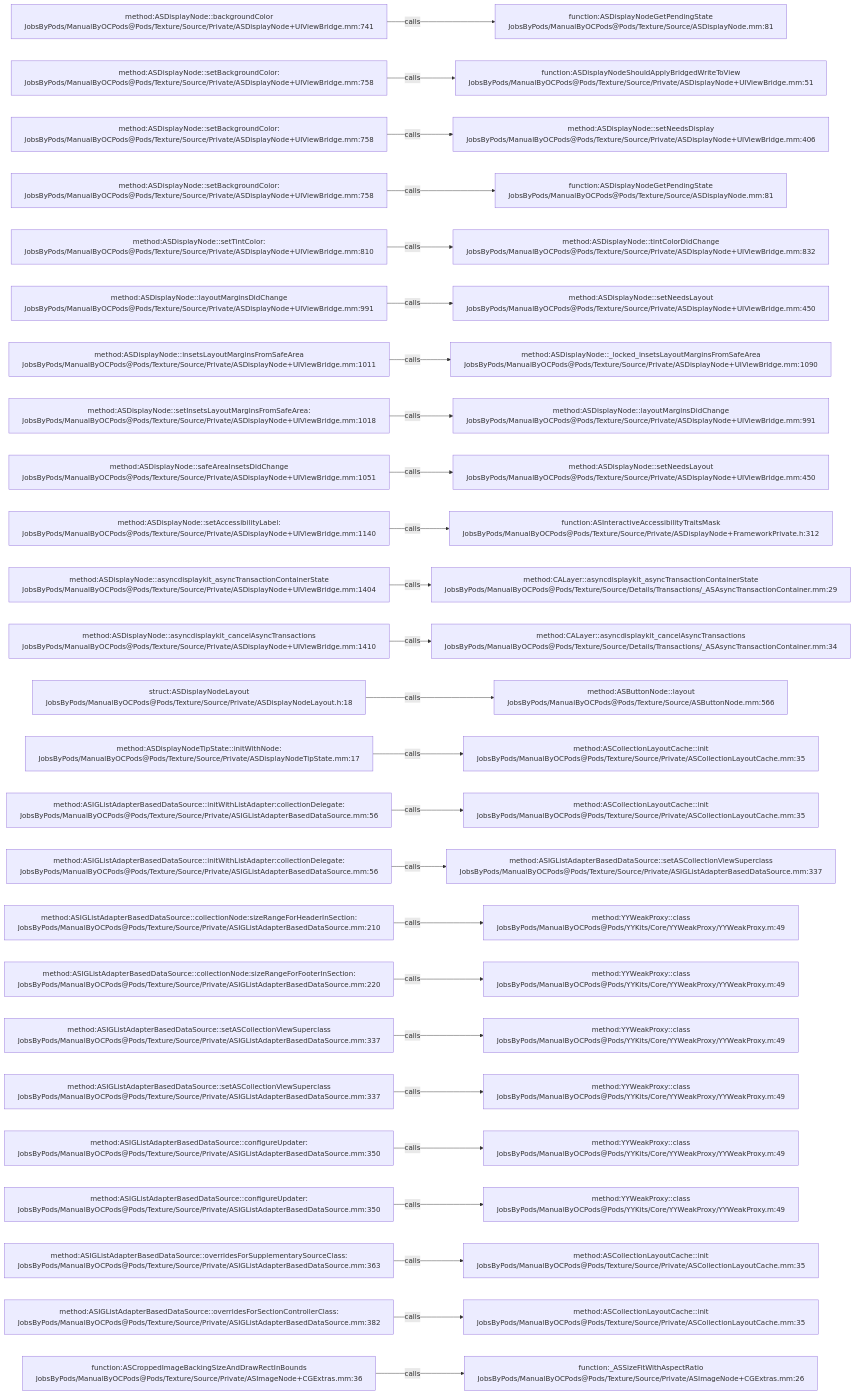
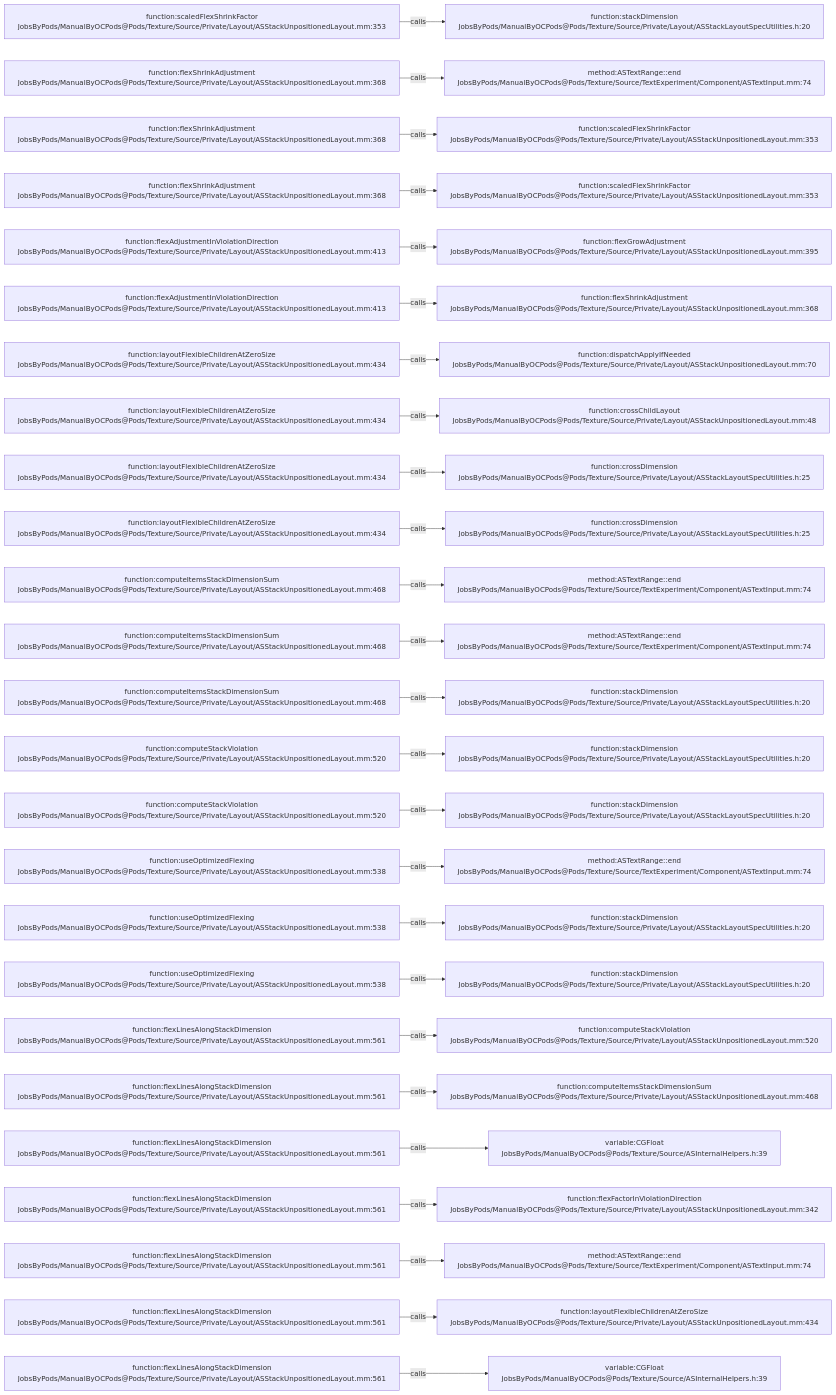
Before and after one commit to JobsKits/JobsOCBaseConfigDemo: the diagram in .codegraph/codegraph.md/graphs/calls-187.md, drawn with Mermaid. The commit also changed 1448 other files, not shown here.

````diff
--- a/.codegraph/codegraph.md/graphs/calls-187.md
+++ b/.codegraph/codegraph.md/graphs/calls-187.md
@@ -13,78 +13,78 @@
 ```mermaid
 flowchart LR
-  S1["method:ASDisplayNode::backgroundColor<br/>JobsByPods/ManualByOCPods@Pods/Texture/Source/Private/ASDisplayNode+UIViewBridge.mm:741"]
-  T1["function:ASDisplayNodeGetPendingState<br/>JobsByPods/ManualByOCPods@Pods/Texture/Source/ASDisplayNode.mm:81"]
+  S1["function:scaledFlexShrinkFactor<br/>JobsByPods/ManualByOCPods@Pods/Texture/Source/Private/Layout/ASStackUnpositionedLayout.mm:353"]
+  T1["function:stackDimension<br/>JobsByPods/ManualByOCPods@Pods/Texture/Source/Private/Layout/ASStackLayoutSpecUtilities.h:20"]
   S1 -->|calls| T1
-  S2["method:ASDisplayNode::setBackgroundColor:<br/>JobsByPods/ManualByOCPods@Pods/Texture/Source/Private/ASDisplayNode+UIViewBridge.mm:758"]
-  T2["function:ASDisplayNodeShouldApplyBridgedWriteToView<br/>JobsByPods/ManualByOCPods@Pods/Texture/Source/Private/ASDisplayNode+UIViewBridge.mm:51"]
+  S2["function:flexShrinkAdjustment<br/>JobsByPods/ManualByOCPods@Pods/Texture/Source/Private/Layout/ASStackUnpositionedLayout.mm:368"]
+  T2["method:ASTextRange::end<br/>JobsByPods/ManualByOCPods@Pods/Texture/Source/TextExperiment/Component/ASTextInput.mm:74"]
   S2 -->|calls| T2
-  S3["method:ASDisplayNode::setBackgroundColor:<br/>JobsByPods/ManualByOCPods@Pods/Texture/Source/Private/ASDisplayNode+UIViewBridge.mm:758"]
-  T3["method:ASDisplayNode::setNeedsDisplay<br/>JobsByPods/ManualByOCPods@Pods/Texture/Source/Private/ASDisplayNode+UIViewBridge.mm:406"]
+  S3["function:flexShrinkAdjustment<br/>JobsByPods/ManualByOCPods@Pods/Texture/Source/Private/Layout/ASStackUnpositionedLayout.mm:368"]
+  T3["function:scaledFlexShrinkFactor<br/>JobsByPods/ManualByOCPods@Pods/Texture/Source/Private/Layout/ASStackUnpositionedLayout.mm:353"]
   S3 -->|calls| T3
-  S4["method:ASDisplayNode::setBackgroundColor:<br/>JobsByPods/ManualByOCPods@Pods/Texture/Source/Private/ASDisplayNode+UIViewBridge.mm:758"]
-  T4["function:ASDisplayNodeGetPendingState<br/>JobsByPods/ManualByOCPods@Pods/Texture/Source/ASDisplayNode.mm:81"]
+  S4["function:flexShrinkAdjustment<br/>JobsByPods/ManualByOCPods@Pods/Texture/Source/Private/Layout/ASStackUnpositionedLayout.mm:368"]
+  T4["function:scaledFlexShrinkFactor<br/>JobsByPods/ManualByOCPods@Pods/Texture/Source/Private/Layout/ASStackUnpositionedLayout.mm:353"]
   S4 -->|calls| T4
-  S5["method:ASDisplayNode::setTintColor:<br/>JobsByPods/ManualByOCPods@Pods/Texture/Source/Private/ASDisplayNode+UIViewBridge.mm:810"]
-  T5["method:ASDisplayNode::tintColorDidChange<br/>JobsByPods/ManualByOCPods@Pods/Texture/Source/Private/ASDisplayNode+UIViewBridge.mm:832"]
+  S5["function:flexAdjustmentInViolationDirection<br/>JobsByPods/ManualByOCPods@Pods/Texture/Source/Private/Layout/ASStackUnpositionedLayout.mm:413"]
+  T5["function:flexGrowAdjustment<br/>JobsByPods/ManualByOCPods@Pods/Texture/Source/Private/Layout/ASStackUnpositionedLayout.mm:395"]
   S5 -->|calls| T5
-  S6["method:ASDisplayNode::layoutMarginsDidChange<br/>JobsByPods/ManualByOCPods@Pods/Texture/Source/Private/ASDisplayNode+UIViewBridge.mm:991"]
-  T6["method:ASDisplayNode::setNeedsLayout<br/>JobsByPods/ManualByOCPods@Pods/Texture/Source/Private/ASDisplayNode+UIViewBridge.mm:450"]
+  S6["function:flexAdjustmentInViolationDirection<br/>JobsByPods/ManualByOCPods@Pods/Texture/Source/Private/Layout/ASStackUnpositionedLayout.mm:413"]
+  T6["function:flexShrinkAdjustment<br/>JobsByPods/ManualByOCPods@Pods/Texture/Source/Private/Layout/ASStackUnpositionedLayout.mm:368"]
   S6 -->|calls| T6
-  S7["method:ASDisplayNode::insetsLayoutMarginsFromSafeArea<br/>JobsByPods/ManualByOCPods@Pods/Texture/Source/Private/ASDisplayNode+UIViewBridge.mm:1011"]
-  T7["method:ASDisplayNode::_locked_insetsLayoutMarginsFromSafeArea<br/>JobsByPods/ManualByOCPods@Pods/Texture/Source/Private/ASDisplayNode+UIViewBridge.mm:1090"]
+  S7["function:layoutFlexibleChildrenAtZeroSize<br/>JobsByPods/ManualByOCPods@Pods/Texture/Source/Private/Layout/ASStackUnpositionedLayout.mm:434"]
+  T7["function:dispatchApplyIfNeeded<br/>JobsByPods/ManualByOCPods@Pods/Texture/Source/Private/Layout/ASStackUnpositionedLayout.mm:70"]
   S7 -->|calls| T7
-  S8["method:ASDisplayNode::setInsetsLayoutMarginsFromSafeArea:<br/>JobsByPods/ManualByOCPods@Pods/Texture/Source/Private/ASDisplayNode+UIViewBridge.mm:1018"]
-  T8["method:ASDisplayNode::layoutMarginsDidChange<br/>JobsByPods/ManualByOCPods@Pods/Texture/Source/Private/ASDisplayNode+UIViewBridge.mm:991"]
+  S8["function:layoutFlexibleChildrenAtZeroSize<br/>JobsByPods/ManualByOCPods@Pods/Texture/Source/Private/Layout/ASStackUnpositionedLayout.mm:434"]
+  T8["function:crossChildLayout<br/>JobsByPods/ManualByOCPods@Pods/Texture/Source/Private/Layout/ASStackUnpositionedLayout.mm:48"]
   S8 -->|calls| T8
-  S9["method:ASDisplayNode::safeAreaInsetsDidChange<br/>JobsByPods/ManualByOCPods@Pods/Texture/Source/Private/ASDisplayNode+UIViewBridge.mm:1051"]
-  T9["method:ASDisplayNode::setNeedsLayout<br/>JobsByPods/ManualByOCPods@Pods/Texture/Source/Private/ASDisplayNode+UIViewBridge.mm:450"]
+  S9["function:layoutFlexibleChildrenAtZeroSize<br/>JobsByPods/ManualByOCPods@Pods/Texture/Source/Private/Layout/ASStackUnpositionedLayout.mm:434"]
+  T9["function:crossDimension<br/>JobsByPods/ManualByOCPods@Pods/Texture/Source/Private/Layout/ASStackLayoutSpecUtilities.h:25"]
   S9 -->|calls| T9
-  S10["method:ASDisplayNode::setAccessibilityLabel:<br/>JobsByPods/ManualByOCPods@Pods/Texture/Source/Private/ASDisplayNode+UIViewBridge.mm:1140"]
-  T10["function:ASInteractiveAccessibilityTraitsMask<br/>JobsByPods/ManualByOCPods@Pods/Texture/Source/Private/ASDisplayNode+FrameworkPrivate.h:312"]
+  S10["function:layoutFlexibleChildrenAtZeroSize<br/>JobsByPods/ManualByOCPods@Pods/Texture/Source/Private/Layout/ASStackUnpositionedLayout.mm:434"]
+  T10["function:crossDimension<br/>JobsByPods/ManualByOCPods@Pods/Texture/Source/Private/Layout/ASStackLayoutSpecUtilities.h:25"]
   S10 -->|calls| T10
-  S11["method:ASDisplayNode::asyncdisplaykit_asyncTransactionContainerState<br/>JobsByPods/ManualByOCPods@Pods/Texture/Source/Private/ASDisplayNode+UIViewBridge.mm:1404"]
-  T11["method:CALayer::asyncdisplaykit_asyncTransactionContainerState<br/>JobsByPods/ManualByOCPods@Pods/Texture/Source/Details/Transactions/_ASAsyncTransactionContainer.mm:29"]
+  S11["function:computeItemsStackDimensionSum<br/>JobsByPods/ManualByOCPods@Pods/Texture/Source/Private/Layout/ASStackUnpositionedLayout.mm:468"]
+  T11["method:ASTextRange::end<br/>JobsByPods/ManualByOCPods@Pods/Texture/Source/TextExperiment/Component/ASTextInput.mm:74"]
   S11 -->|calls| T11
-  S12["method:ASDisplayNode::asyncdisplaykit_cancelAsyncTransactions<br/>JobsByPods/ManualByOCPods@Pods/Texture/Source/Private/ASDisplayNode+UIViewBridge.mm:1410"]
-  T12["method:CALayer::asyncdisplaykit_cancelAsyncTransactions<br/>JobsByPods/ManualByOCPods@Pods/Texture/Source/Details/Transactions/_ASAsyncTransactionContainer.mm:34"]
+  S12["function:computeItemsStackDimensionSum<br/>JobsByPods/ManualByOCPods@Pods/Texture/Source/Private/Layout/ASStackUnpositionedLayout.mm:468"]
+  T12["method:ASTextRange::end<br/>JobsByPods/ManualByOCPods@Pods/Texture/Source/TextExperiment/Component/ASTextInput.mm:74"]
   S12 -->|calls| T12
-  S13["struct:ASDisplayNodeLayout<br/>JobsByPods/ManualByOCPods@Pods/Texture/Source/Private/ASDisplayNodeLayout.h:18"]
-  T13["method:ASButtonNode::layout<br/>JobsByPods/ManualByOCPods@Pods/Texture/Source/ASButtonNode.mm:566"]
+  S13["function:computeItemsStackDimensionSum<br/>JobsByPods/ManualByOCPods@Pods/Texture/Source/Private/Layout/ASStackUnpositionedLayout.mm:468"]
+  T13["function:stackDimension<br/>JobsByPods/ManualByOCPods@Pods/Texture/Source/Private/Layout/ASStackLayoutSpecUtilities.h:20"]
   S13 -->|calls| T13
-  S14["method:ASDisplayNodeTipState::initWithNode:<br/>JobsByPods/ManualByOCPods@Pods/Texture/Source/Private/ASDisplayNodeTipState.mm:17"]
-  T14["method:ASCollectionLayoutCache::init<br/>JobsByPods/ManualByOCPods@Pods/Texture/Source/Private/ASCollectionLayoutCache.mm:35"]
+  S14["function:computeStackViolation<br/>JobsByPods/ManualByOCPods@Pods/Texture/Source/Private/Layout/ASStackUnpositionedLayout.mm:520"]
+  T14["function:stackDimension<br/>JobsByPods/ManualByOCPods@Pods/Texture/Source/Private/Layout/ASStackLayoutSpecUtilities.h:20"]
   S14 -->|calls| T14
-  S15["method:ASIGListAdapterBasedDataSource::initWithListAdapter:collectionDelegate:<br/>JobsByPods/ManualByOCPods@Pods/Texture/Source/Private/ASIGListAdapterBasedDataSource.mm:56"]
-  T15["method:ASCollectionLayoutCache::init<br/>JobsByPods/ManualByOCPods@Pods/Texture/Source/Private/ASCollectionLayoutCache.mm:35"]
+  S15["function:computeStackViolation<br/>JobsByPods/ManualByOCPods@Pods/Texture/Source/Private/Layout/ASStackUnpositionedLayout.mm:520"]
+  T15["function:stackDimension<br/>JobsByPods/ManualByOCPods@Pods/Texture/Source/Private/Layout/ASStackLayoutSpecUtilities.h:20"]
   S15 -->|calls| T15
-  S16["method:ASIGListAdapterBasedDataSource::initWithListAdapter:collectionDelegate:<br/>JobsByPods/ManualByOCPods@Pods/Texture/Source/Private/ASIGListAdapterBasedDataSource.mm:56"]
-  T16["method:ASIGListAdapterBasedDataSource::setASCollectionViewSuperclass<br/>JobsByPods/ManualByOCPods@Pods/Texture/Source/Private/ASIGListAdapterBasedDataSource.mm:337"]
+  S16["function:useOptimizedFlexing<br/>JobsByPods/ManualByOCPods@Pods/Texture/Source/Private/Layout/ASStackUnpositionedLayout.mm:538"]
+  T16["method:ASTextRange::end<br/>JobsByPods/ManualByOCPods@Pods/Texture/Source/TextExperiment/Component/ASTextInput.mm:74"]
   S16 -->|calls| T16
-  S17["method:ASIGListAdapterBasedDataSource::collectionNode:sizeRangeForHeaderInSection:<br/>JobsByPods/ManualByOCPods@Pods/Texture/Source/Private/ASIGListAdapterBasedDataSource.mm:210"]
-  T17["method:YYWeakProxy::class<br/>JobsByPods/ManualByOCPods@Pods/YYKits/Core/YYWeakProxy/YYWeakProxy.m:49"]
+  S17["function:useOptimizedFlexing<br/>JobsByPods/ManualByOCPods@Pods/Texture/Source/Private/Layout/ASStackUnpositionedLayout.mm:538"]
+  T17["function:stackDimension<br/>JobsByPods/ManualByOCPods@Pods/Texture/Source/Private/Layout/ASStackLayoutSpecUtilities.h:20"]
   S17 -->|calls| T17
-  S18["method:ASIGListAdapterBasedDataSource::collectionNode:sizeRangeForFooterInSection:<br/>JobsByPods/ManualByOCPods@Pods/Texture/Source/Private/ASIGListAdapterBasedDataSource.mm:220"]
-  T18["method:YYWeakProxy::class<br/>JobsByPods/ManualByOCPods@Pods/YYKits/Core/YYWeakProxy/YYWeakProxy.m:49"]
+  S18["function:useOptimizedFlexing<br/>JobsByPods/ManualByOCPods@Pods/Texture/Source/Private/Layout/ASStackUnpositionedLayout.mm:538"]
+  T18["function:stackDimension<br/>JobsByPods/ManualByOCPods@Pods/Texture/Source/Private/Layout/ASStackLayoutSpecUtilities.h:20"]
   S18 -->|calls| T18
-  S19["method:ASIGListAdapterBasedDataSource::setASCollectionViewSuperclass<br/>JobsByPods/ManualByOCPods@Pods/Texture/Source/Private/ASIGListAdapterBasedDataSource.mm:337"]
-  T19["method:YYWeakProxy::class<br/>JobsByPods/ManualByOCPods@Pods/YYKits/Core/YYWeakProxy/YYWeakProxy.m:49"]
+  S19["function:flexLinesAlongStackDimension<br/>JobsByPods/ManualByOCPods@Pods/Texture/Source/Private/Layout/ASStackUnpositionedLayout.mm:561"]
+  T19["function:computeStackViolation<br/>JobsByPods/ManualByOCPods@Pods/Texture/Source/Private/Layout/ASStackUnpositionedLayout.mm:520"]
   S19 -->|calls| T19
-  S20["method:ASIGListAdapterBasedDataSource::setASCollectionViewSuperclass<br/>JobsByPods/ManualByOCPods@Pods/Texture/Source/Private/ASIGListAdapterBasedDataSource.mm:337"]
-  T20["method:YYWeakProxy::class<br/>JobsByPods/ManualByOCPods@Pods/YYKits/Core/YYWeakProxy/YYWeakProxy.m:49"]
+  S20["function:flexLinesAlongStackDimension<br/>JobsByPods/ManualByOCPods@Pods/Texture/Source/Private/Layout/ASStackUnpositionedLayout.mm:561"]
+  T20["function:computeItemsStackDimensionSum<br/>JobsByPods/ManualByOCPods@Pods/Texture/Source/Private/Layout/ASStackUnpositionedLayout.mm:468"]
   S20 -->|calls| T20
-  S21["method:ASIGListAdapterBasedDataSource::configureUpdater:<br/>JobsByPods/ManualByOCPods@Pods/Texture/Source/Private/ASIGListAdapterBasedDataSource.mm:350"]
-  T21["method:YYWeakProxy::class<br/>JobsByPods/ManualByOCPods@Pods/YYKits/Core/YYWeakProxy/YYWeakProxy.m:49"]
+  S21["function:flexLinesAlongStackDimension<br/>JobsByPods/ManualByOCPods@Pods/Texture/Source/Private/Layout/ASStackUnpositionedLayout.mm:561"]
+  T21["variable:CGFloat<br/>JobsByPods/ManualByOCPods@Pods/Texture/Source/ASInternalHelpers.h:39"]
   S21 -->|calls| T21
-  S22["method:ASIGListAdapterBasedDataSource::configureUpdater:<br/>JobsByPods/ManualByOCPods@Pods/Texture/Source/Private/ASIGListAdapterBasedDataSource.mm:350"]
-  T22["method:YYWeakProxy::class<br/>JobsByPods/ManualByOCPods@Pods/YYKits/Core/YYWeakProxy/YYWeakProxy.m:49"]
+  S22["function:flexLinesAlongStackDimension<br/>JobsByPods/ManualByOCPods@Pods/Texture/Source/Private/Layout/ASStackUnpositionedLayout.mm:561"]
+  T22["function:flexFactorInViolationDirection<br/>JobsByPods/ManualByOCPods@Pods/Texture/Source/Private/Layout/ASStackUnpositionedLayout.mm:342"]
   S22 -->|calls| T22
-  S23["method:ASIGListAdapterBasedDataSource::overridesForSupplementarySourceClass:<br/>JobsByPods/ManualByOCPods@Pods/Texture/Source/Private/ASIGListAdapterBasedDataSource.mm:363"]
-  T23["method:ASCollectionLayoutCache::init<br/>JobsByPods/ManualByOCPods@Pods/Texture/Source/Private/ASCollectionLayoutCache.mm:35"]
+  S23["function:flexLinesAlongStackDimension<br/>JobsByPods/ManualByOCPods@Pods/Texture/Source/Private/Layout/ASStackUnpositionedLayout.mm:561"]
+  T23["method:ASTextRange::end<br/>JobsByPods/ManualByOCPods@Pods/Texture/Source/TextExperiment/Component/ASTextInput.mm:74"]
   S23 -->|calls| T23
-  S24["method:ASIGListAdapterBasedDataSource::overridesForSectionControllerClass:<br/>JobsByPods/ManualByOCPods@Pods/Texture/Source/Private/ASIGListAdapterBasedDataSource.mm:382"]
-  T24["method:ASCollectionLayoutCache::init<br/>JobsByPods/ManualByOCPods@Pods/Texture/Source/Private/ASCollectionLayoutCache.mm:35"]
+  S24["function:flexLinesAlongStackDimension<br/>JobsByPods/ManualByOCPods@Pods/Texture/Source/Private/Layout/ASStackUnpositionedLayout.mm:561"]
+  T24["function:layoutFlexibleChildrenAtZeroSize<br/>JobsByPods/ManualByOCPods@Pods/Texture/Source/Private/Layout/ASStackUnpositionedLayout.mm:434"]
   S24 -->|calls| T24
-  S25["function:ASCroppedImageBackingSizeAndDrawRectInBounds<br/>JobsByPods/ManualByOCPods@Pods/Texture/Source/Private/ASImageNode+CGExtras.mm:36"]
-  T25["function:_ASSizeFitWithAspectRatio<br/>JobsByPods/ManualByOCPods@Pods/Texture/Source/Private/ASImageNode+CGExtras.mm:26"]
+  S25["function:flexLinesAlongStackDimension<br/>JobsByPods/ManualByOCPods@Pods/Texture/Source/Private/Layout/ASStackUnpositionedLayout.mm:561"]
+  T25["variable:CGFloat<br/>JobsByPods/ManualByOCPods@Pods/Texture/Source/ASInternalHelpers.h:39"]
   S25 -->|calls| T25
 ```
````
